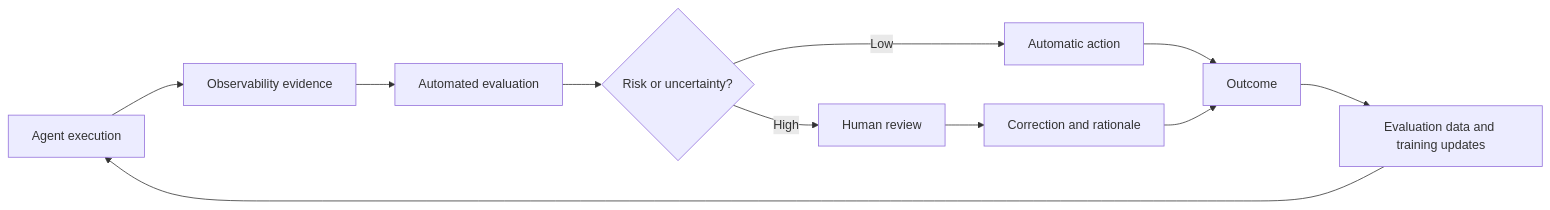
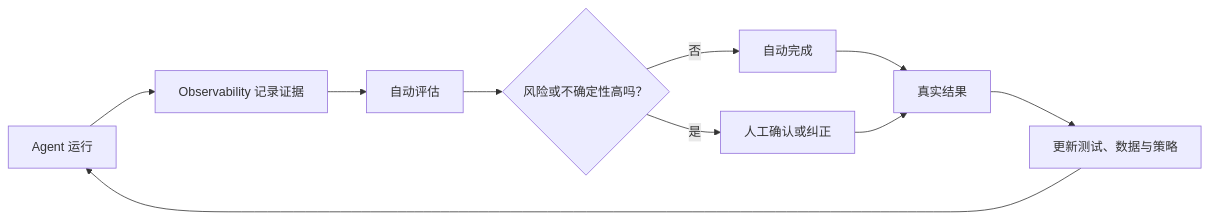
One commit to tianyi-zhang-02/cooking-agi changed the second of 2 diagrams in systems/README.md. Above: the diagram before and after it, drawn with Mermaid. The commit also changed other lines of this file and 15 other files, not shown here.

````diff
--- a/systems/README.md
+++ b/systems/README.md
@@ -103,13 +114,12 @@
 ```mermaid
 flowchart LR
-    A[Agent execution] --> B[Observability evidence]
-    B --> C[Automated evaluation]
-    C --> D{Risk or uncertainty?}
-    D -->|Low| E[Automatic action]
-    D -->|High| F[Human review]
-    F --> G[Correction and rationale]
-    E --> H[Outcome]
-    G --> H
-    H --> I[Evaluation data and training updates]
-    I --> A
+    A[Agent 运行] --> B[Observability 记录证据]
+    B --> C[自动评估]
+    C --> D{风险或不确定性高吗？}
+    D -->|否| E[自动完成]
+    D -->|是| F[人工确认或纠正]
+    E --> G[真实结果]
+    F --> G
+    G --> H[更新测试、数据与策略]
+    H --> A
 ```
````
